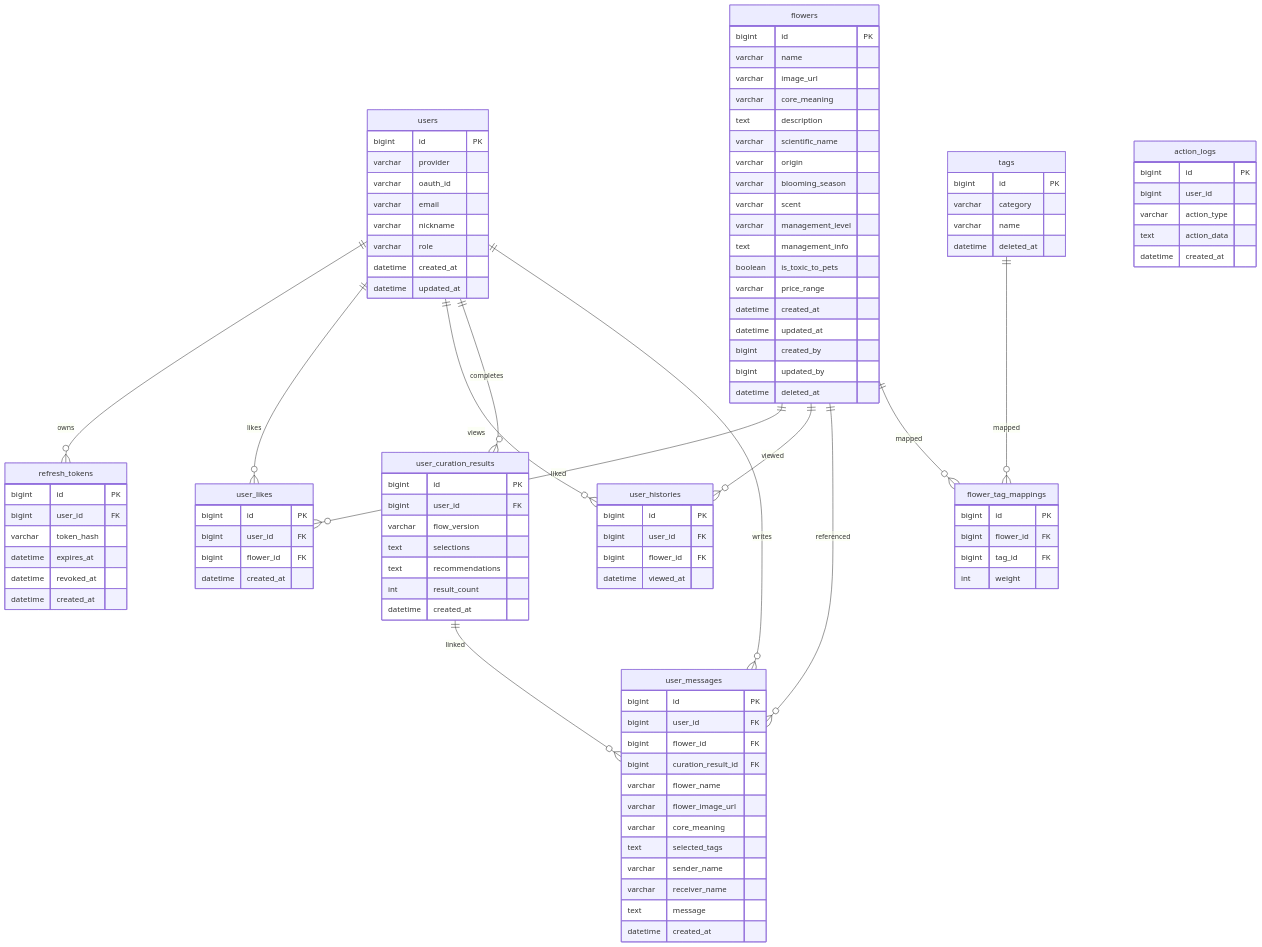
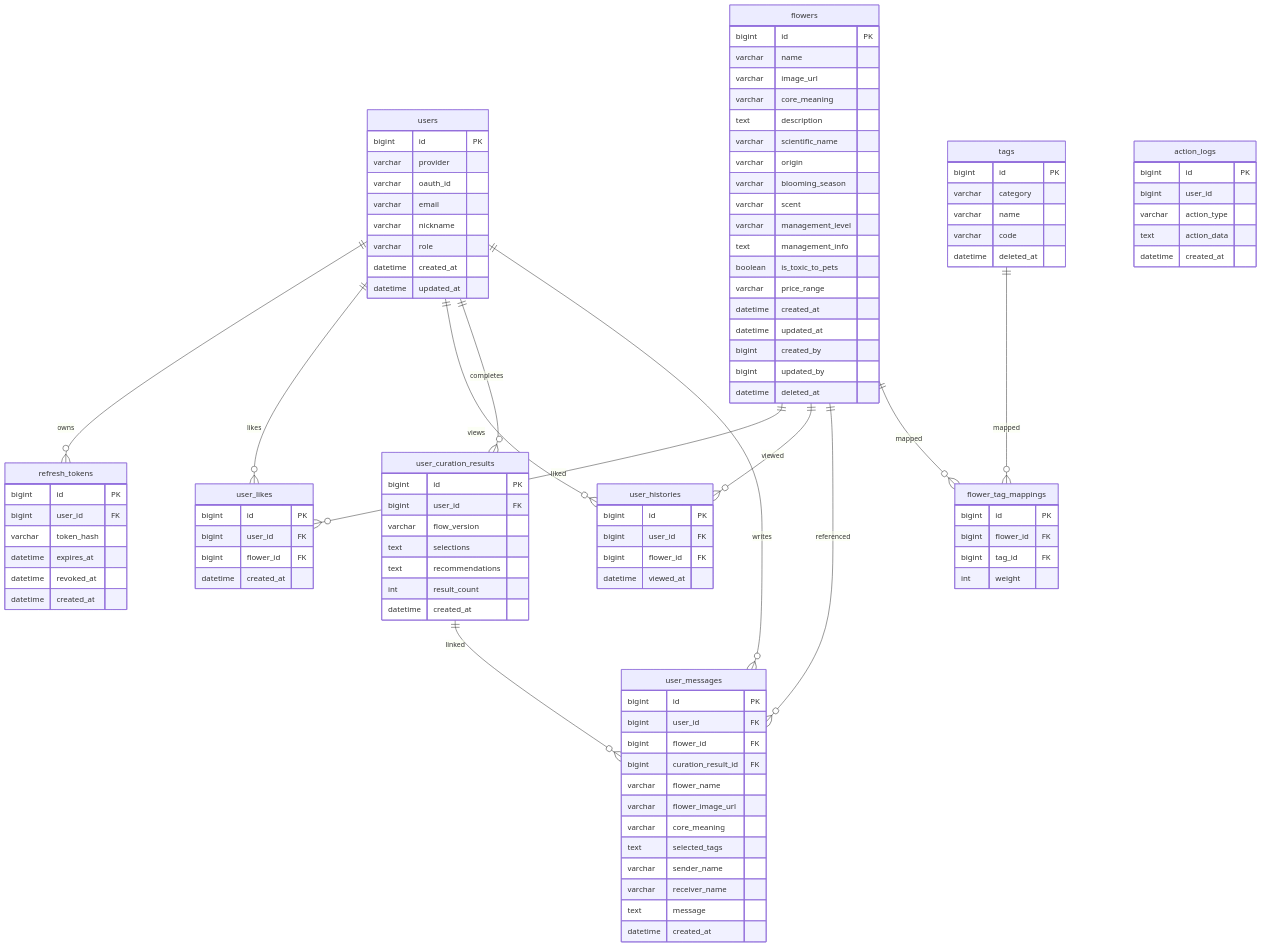
The diagram in docs/database-schema.md (xiuiworld/meanhwa_back), drawn with Mermaid before and after one commit. The commit also changed other lines of this file and 11 other files, not shown here.

```diff
--- a/docs/database-schema.md
+++ b/docs/database-schema.md
@@ -118,6 +119,7 @@
         bigint id PK
         varchar category
         varchar name
+        varchar code
         datetime deleted_at
     }
 
```
